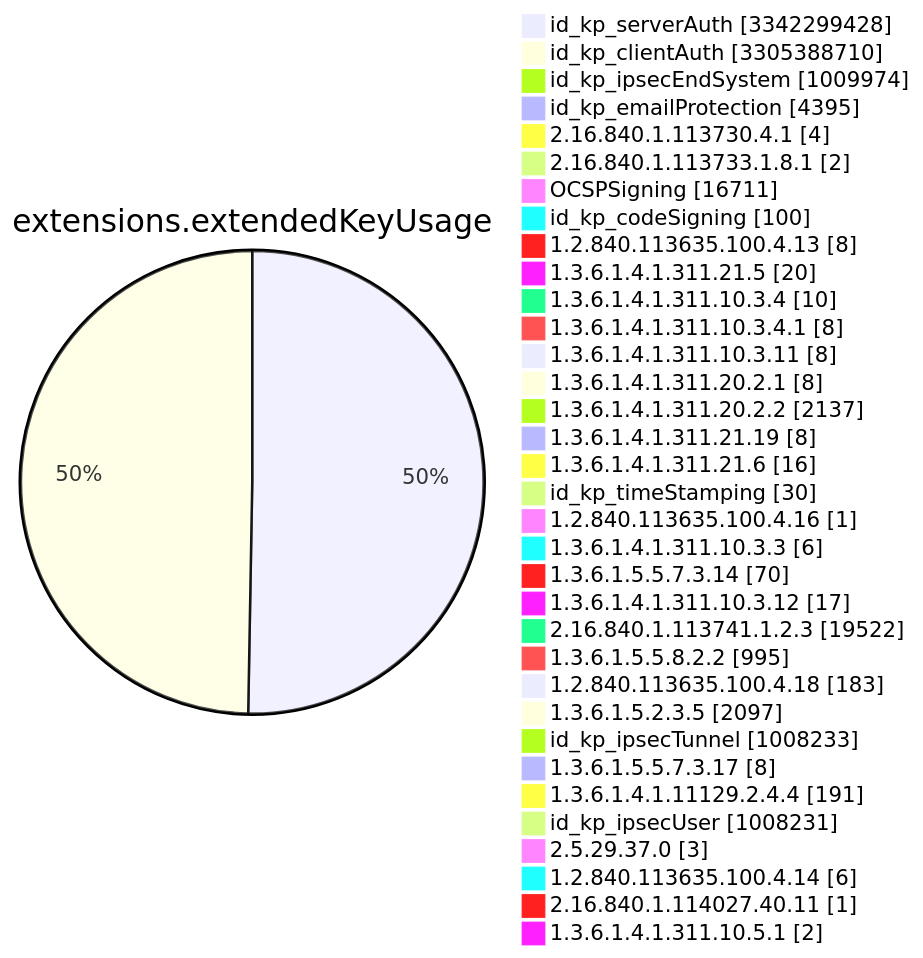
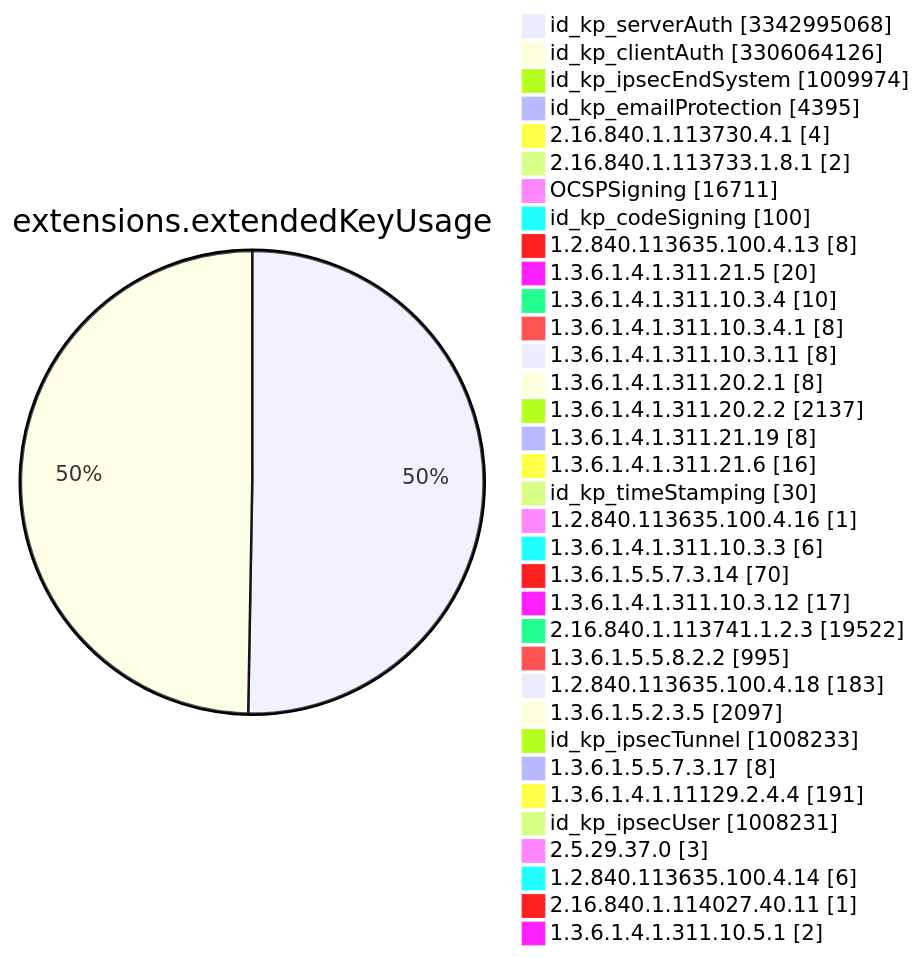
One commit to christiankrug/ctmonitor_visualization changed diagram 11 of 15 in TOTAL/README.md. Above: the diagram before and after it, drawn with Mermaid. The commit also changed other lines of this file, not shown here.

````diff
--- a/TOTAL/README.md
+++ b/TOTAL/README.md
@@ -4120,38 +4120,38 @@
 ```mermaid
 pie showData
 title extensions.extendedKeyUsage
-"id_kp_serverAuth" :3342299428
-"id_kp_clientAuth" :3305388710
+"id_kp_serverAuth" :3342995068
+"id_kp_clientAuth" :3306064126
 "id_kp_ipsecEndSystem" :1009974
 "id_kp_emailProtection" :4395
 "2.16.840.1.113730.4.1" :4
 "2.16.840.1.113733.1.8.1" :2
 "OCSPSigning" :16711
 "id_kp_codeSigning" :100
 "1.2.840.113635.100.4.13" :8
 "1.3.6.1.4.1.311.21.5" :20
 "1.3.6.1.4.1.311.10.3.4" :10
 "1.3.6.1.4.1.311.10.3.4.1" :8
 "1.3.6.1.4.1.311.10.3.11" :8
 "1.3.6.1.4.1.311.20.2.1" :8
 "1.3.6.1.4.1.311.20.2.2" :2137
 "1.3.6.1.4.1.311.21.19" :8
 "1.3.6.1.4.1.311.21.6" :16
 "id_kp_timeStamping" :30
 "1.2.840.113635.100.4.16" :1
 "1.3.6.1.4.1.311.10.3.3" :6
 "1.3.6.1.5.5.7.3.14" :70
 "1.3.6.1.4.1.311.10.3.12" :17
 "2.16.840.1.113741.1.2.3" :19522
 "1.3.6.1.5.5.8.2.2" :995
 "1.2.840.113635.100.4.18" :183
 "1.3.6.1.5.2.3.5" :2097
 "id_kp_ipsecTunnel" :1008233
 "1.3.6.1.5.5.7.3.17" :8
 "1.3.6.1.4.1.11129.2.4.4" :191
 "id_kp_ipsecUser" :1008231
 "2.5.29.37.0" :3
 "1.2.840.113635.100.4.14" :6
 "2.16.840.1.114027.40.11" :1
 "1.3.6.1.4.1.311.10.5.1" :2
 ```
````
